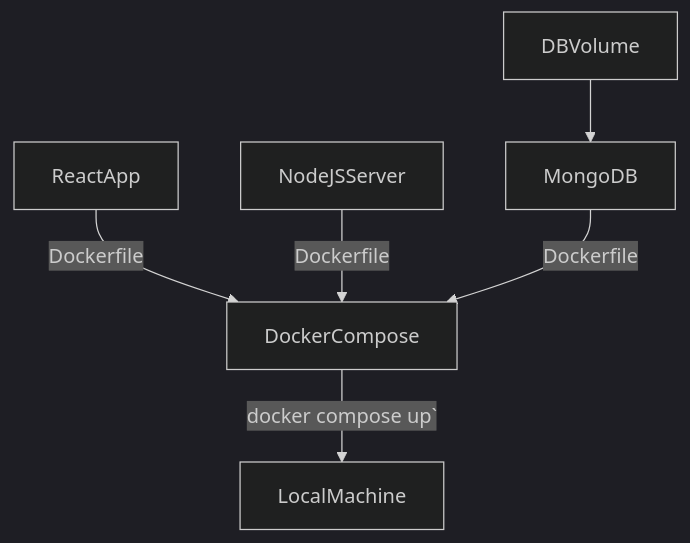
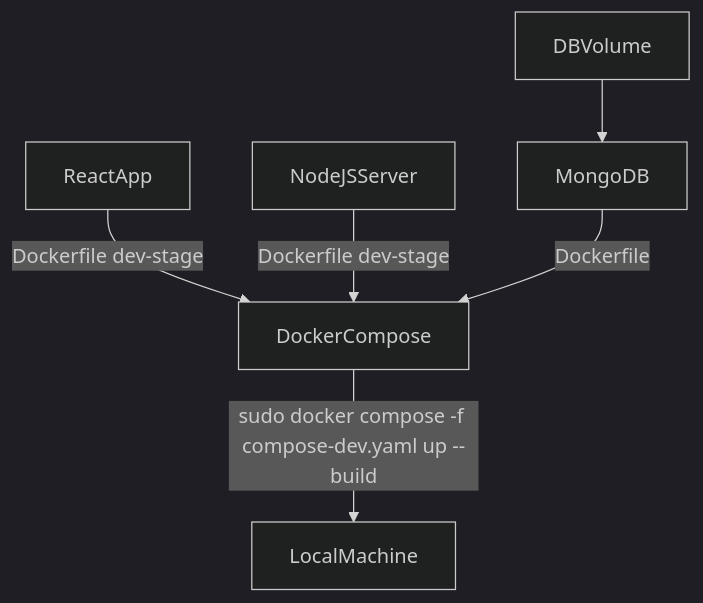
The first of 2 diagrams in README.md (CarlaCGDM/open-virtual-tours), drawn with Mermaid (dark theme) before and after one commit. The commit also changed other lines of this file, not shown here.

````diff
--- a/README.md
+++ b/README.md
@@ -20,8 +21,8 @@
 ```mermaid
 graph TD;
-    ReactApp--> |Dockerfile| DockerCompose;
-    NodeJSServer--> |Dockerfile| DockerCompose;
+    ReactApp--> |Dockerfile dev-stage| DockerCompose;
+    NodeJSServer--> |Dockerfile dev-stage| DockerCompose;
     DBVolume-->MongoDB;
     MongoDB--> |Dockerfile| DockerCompose;
-    DockerCompose--> |docker compose up`| LocalMachine;
+    DockerCompose--> |sudo docker compose -f compose-dev.yaml up --build| LocalMachine;
 ```
````
